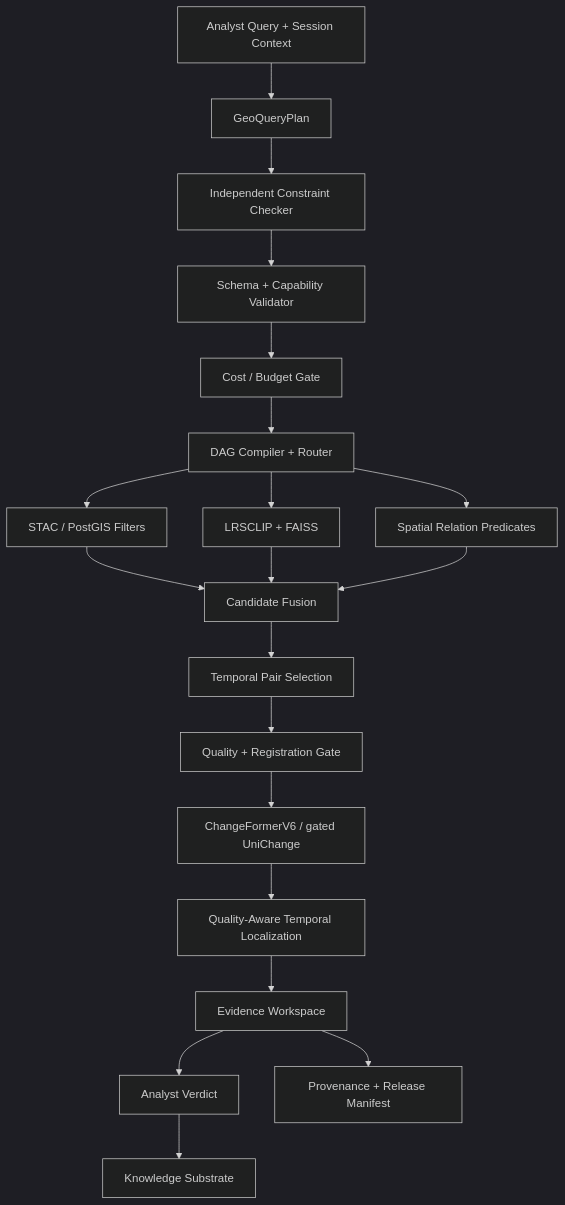
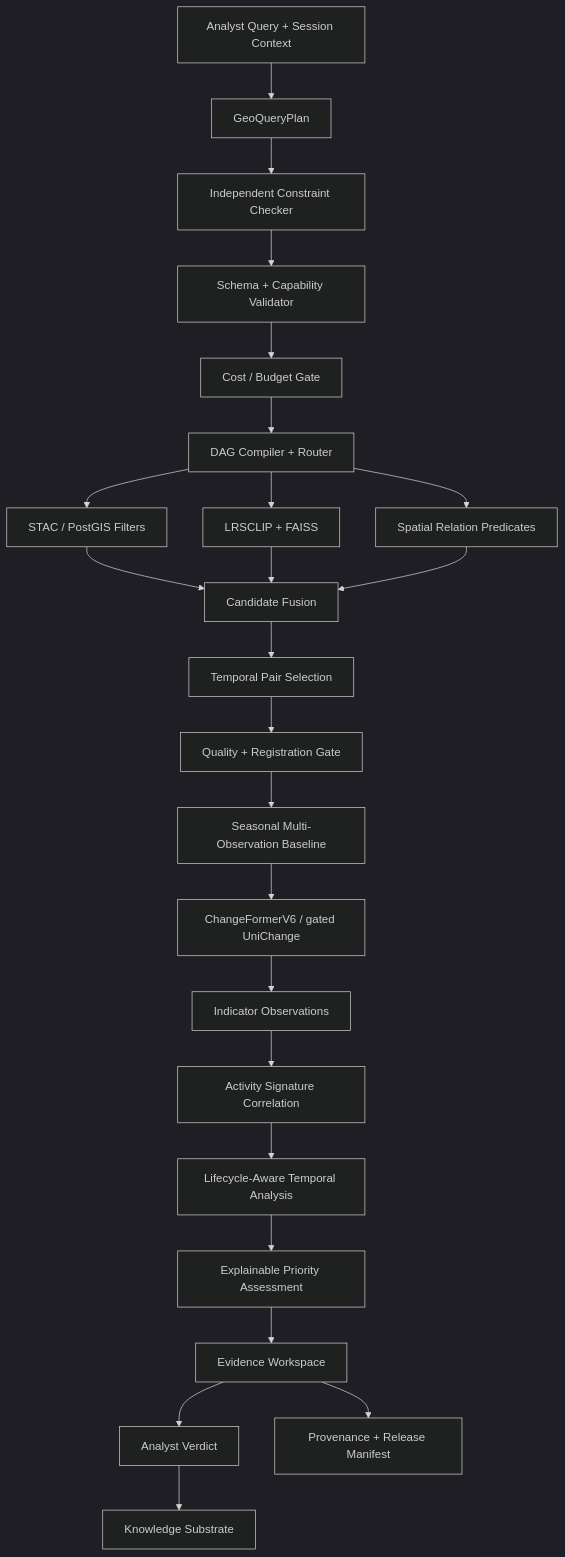
One commit to SIH-2026-Horizon/Tessera-X changed the diagram in README.md. Above: the diagram before and after it, drawn with Mermaid (dark theme). The commit also changed other lines of this file and 3 other files, not shown here.

````diff
--- a/README.md
+++ b/README.md
@@ -204,30 +242,34 @@
 ```mermaid
 flowchart TB
 
     Q[Analyst Query + Session Context]
     Q --> PLAN[GeoQueryPlan]
 
     PLAN --> CHECK[Independent Constraint Checker]
     CHECK --> VALIDATE[Schema + Capability Validator]
     VALIDATE --> BUDGET[Cost / Budget Gate]
     BUDGET --> DAG[DAG Compiler + Router]
 
     DAG --> STAC[STAC / PostGIS Filters]
     DAG --> SEM[LRSCLIP + FAISS]
     DAG --> SPATIAL[Spatial Relation Predicates]
 
     STAC --> FUSE[Candidate Fusion]
     SEM --> FUSE
     SPATIAL --> FUSE
 
     FUSE --> PAIRS[Temporal Pair Selection]
     PAIRS --> QA[Quality + Registration Gate]
-    QA --> CHANGE[ChangeFormerV6 / gated UniChange]
-    CHANGE --> TIME[Quality-Aware Temporal Localization]
+    QA --> BASE[Seasonal Multi-Observation Baseline]
+    BASE --> CHANGE[ChangeFormerV6 / gated UniChange]
+    CHANGE --> IND[Indicator Observations]
+    IND --> ACT[Activity Signature Correlation]
+    ACT --> TIME[Lifecycle-Aware Temporal Analysis]
+    TIME --> PRIORITY[Explainable Priority Assessment]
 
-    TIME --> EVIDENCE[Evidence Workspace]
+    PRIORITY --> EVIDENCE[Evidence Workspace]
     EVIDENCE --> VERDICT[Analyst Verdict]
 
     VERDICT --> KG[Knowledge Substrate]
     EVIDENCE --> PROV[Provenance + Release Manifest]
 ```
````
